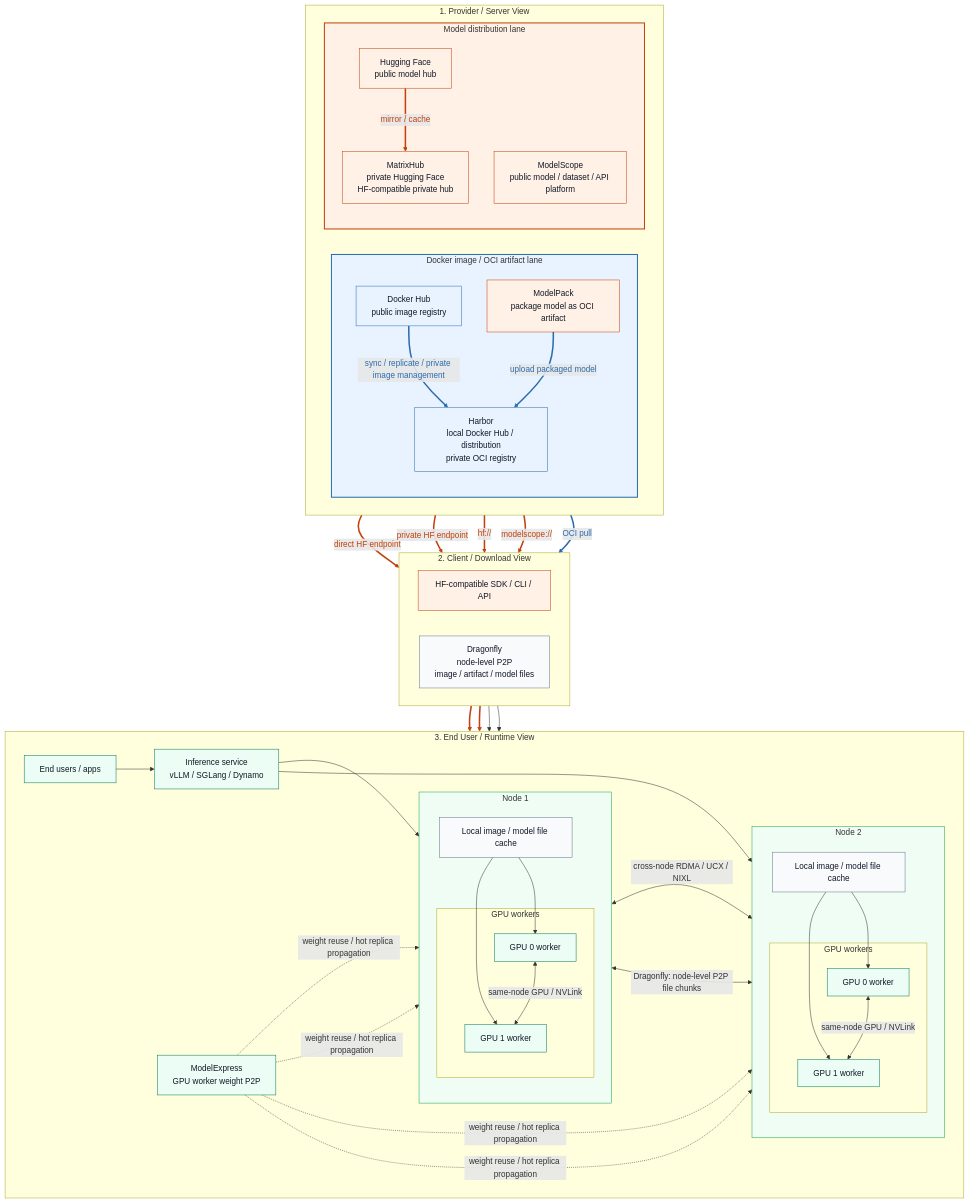
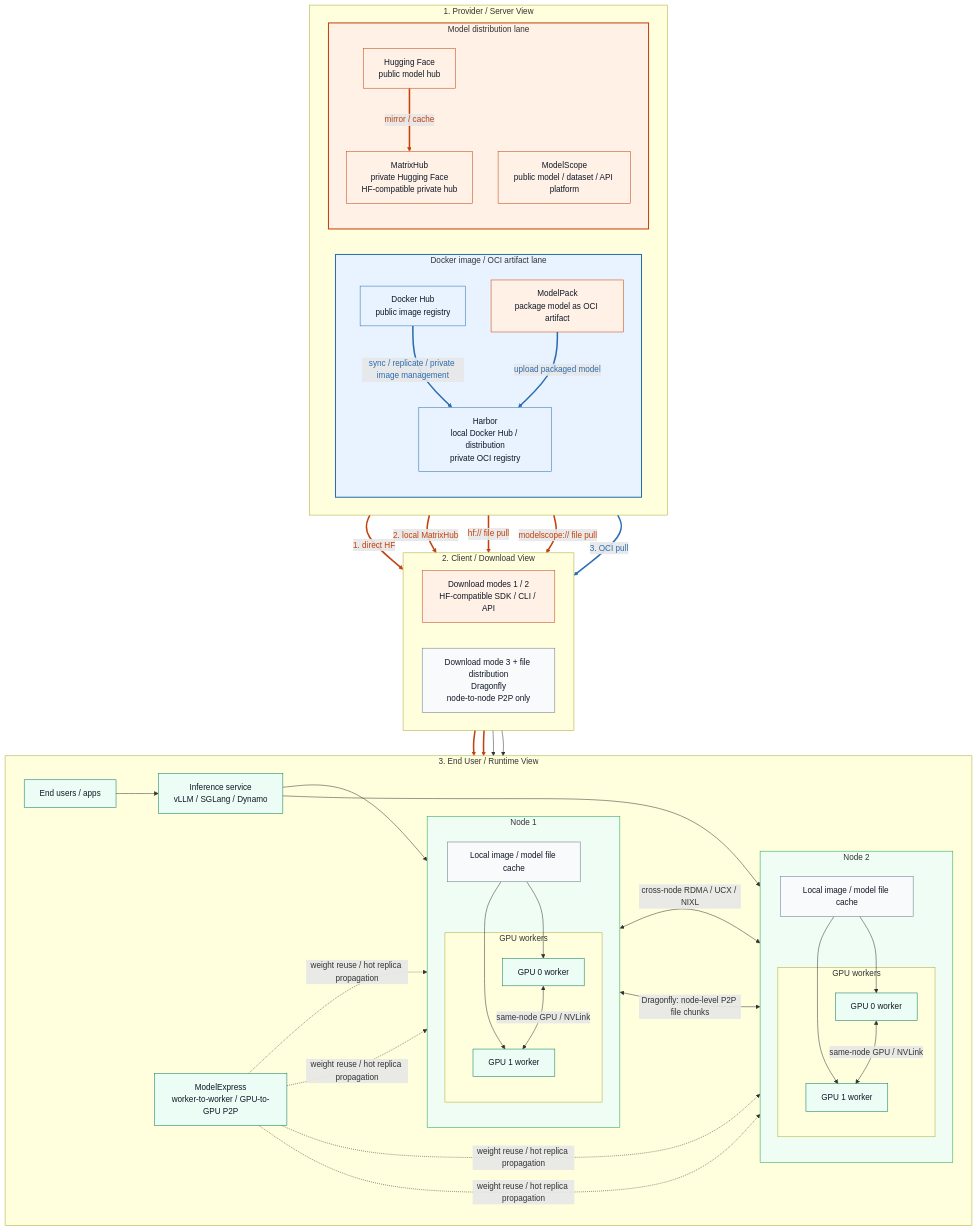
Before and after one commit to pacoxu/AI-Infra: the first of 4 diagrams in docs/inference/model-distribution-stack.md, drawn with Mermaid. The commit also changed other lines of this file and 1 other file, not shown here.

Commit message:
docs: clarify three download modes and two P2P modes

```diff
--- a/docs/inference/model-distribution-stack.md
+++ b/docs/inference/model-distribution-stack.md
@@ -44,15 +44,15 @@
 
   subgraph C["2. Client / Download View"]
     direction LR
-    PULL["HF-compatible SDK / CLI / API"]
-    DF["Dragonfly<br/>node-level P2P<br/>image / artifact / model files"]
+    PULL["Download modes 1 / 2<br/>HF-compatible SDK / CLI / API"]
+    DF["Download mode 3 + file distribution<br/>Dragonfly<br/>node-to-node P2P only"]
   end
 
   subgraph U["3. End User / Runtime View"]
     direction LR
     APP["End users / apps"]
     SVC["Inference service<br/>vLLM / SGLang / Dynamo"]
-    ME["ModelExpress<br/>GPU worker weight P2P"]
+    ME["ModelExpress<br/>worker-to-worker / GPU-to-GPU P2P"]
 
     subgraph N1["Node 1"]
       direction TB
@@ -73,11 +73,11 @@
     end
   end
 
-  HF -->|"direct HF endpoint"| PULL
-  MX -->|"private HF endpoint"| PULL
-  HF -->|"hf://"| DF
-  MS -->|"modelscope://"| DF
-  HB -->|"OCI pull"| DF
+  HF -->|"1. direct HF"| PULL
+  MX -->|"2. local MatrixHub"| PULL
+  HF -->|"hf:// file pull"| DF
+  MS -->|"modelscope:// file pull"| DF
+  HB -->|"3. OCI pull"| DF
 
   PULL --> F1
   PULL --> F2
```
